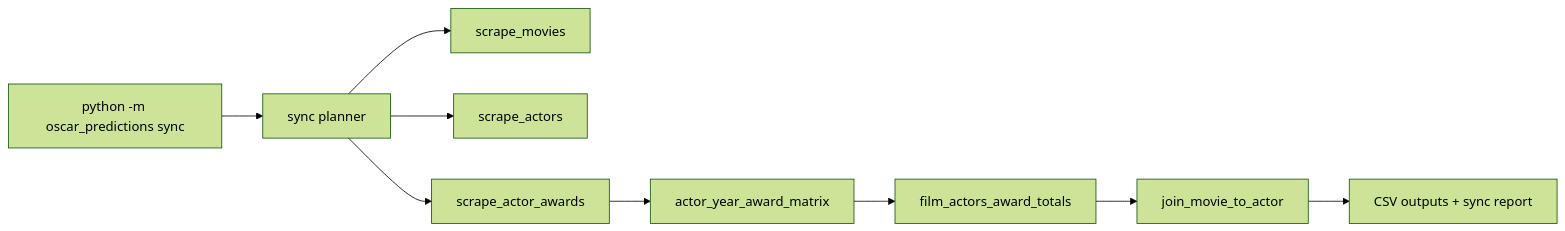
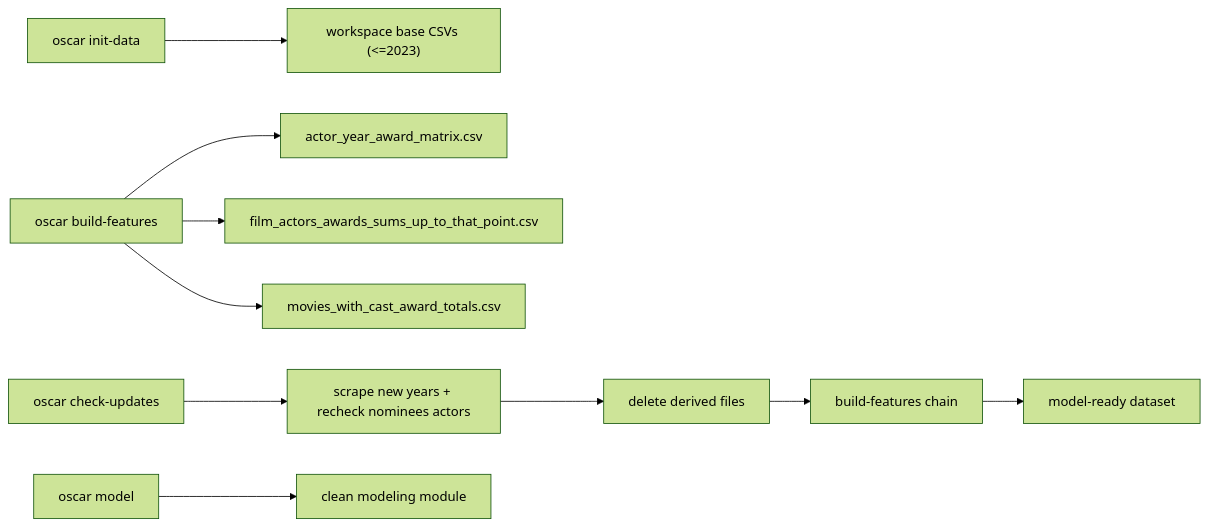
One commit to pmprobst/OscarPredictions changed the diagram in ARCHITECTURE.md. Above: the diagram before and after it, drawn with Mermaid (forest theme). The commit also changed other lines of this file and 25 other files, not shown here.

````diff
--- a/ARCHITECTURE.md
+++ b/ARCHITECTURE.md
@@ -7,11 +17,12 @@
 ```mermaid
 flowchart LR
-  cli["python -m oscar_predictions sync"] --> planner["sync planner"]
-  planner --> stageMovies["scrape_movies"]
-  planner --> stageCast["scrape_actors"]
-  planner --> stageAwards["scrape_actor_awards"]
-  stageAwards --> stageMatrix["actor_year_award_matrix"]
-  stageMatrix --> stageTotals["film_actors_award_totals"]
-  stageTotals --> stageJoin["join_movie_to_actor"]
-  stageJoin --> outputs["CSV outputs + sync report"]
+  initData["oscar init-data"] --> baseData["workspace base CSVs (<=2023)"]
+  buildFeat["oscar build-features"] --> matrix["actor_year_award_matrix.csv"]
+  buildFeat --> totals["film_actors_awards_sums_up_to_that_point.csv"]
+  buildFeat --> joined["movies_with_cast_award_totals.csv"]
+  checkUpdates["oscar check-updates"] --> scrapeNew["scrape new years + recheck nominees actors"]
+  scrapeNew --> clearDerived["delete derived files"]
+  clearDerived --> rebuild["build-features chain"]
+  rebuild --> modelReady["model-ready dataset"]
+  modelCmd["oscar model"] --> modelPipeline["clean modeling module"]
 ```
````
